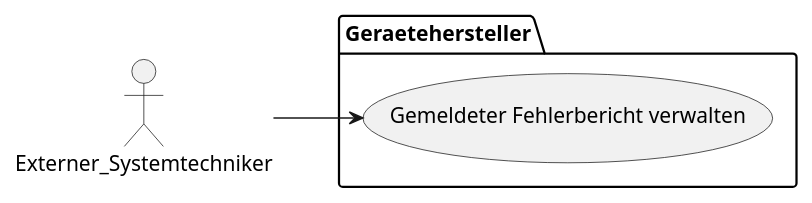
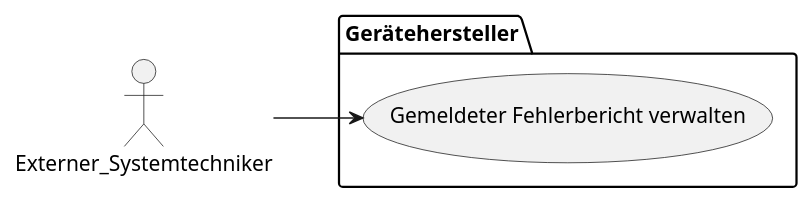
The seventh of 9 diagrams in docs/2_planning/1_business_use_cases.md (helenlaible/ss23-kba-project), drawn with PlantUML before and after one commit. The commit also changed other lines of this file, not shown here.

````diff
--- a/docs/2_planning/1_business_use_cases.md
+++ b/docs/2_planning/1_business_use_cases.md
@@ -202,11 +202,11 @@
 ```plantuml BUC Geraetehersteller
 @startuml
 left to right direction
 actor Externer_Systemtechniker as es
-package Geraetehersteller {
+package Gerätehersteller {
   usecase "Gemeldeter Fehlerbericht verwalten" as UC1
 }
 
 es --> UC1
 @enduml
 ```
````
